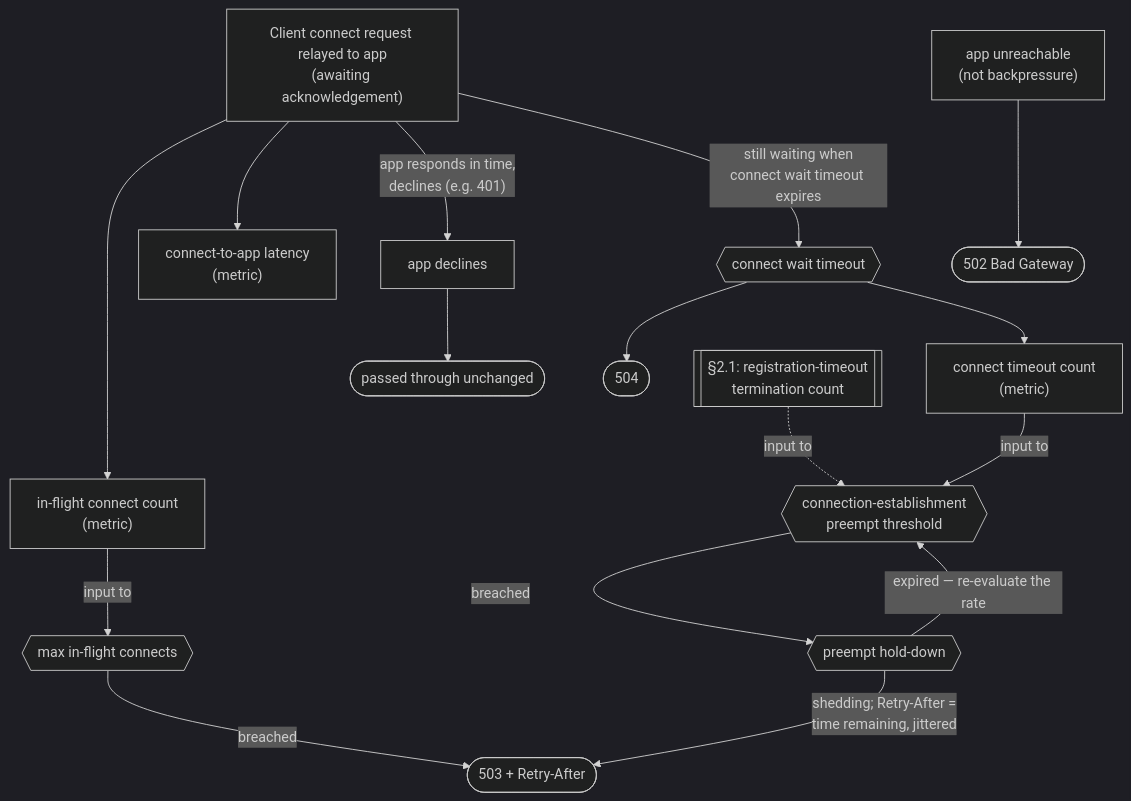
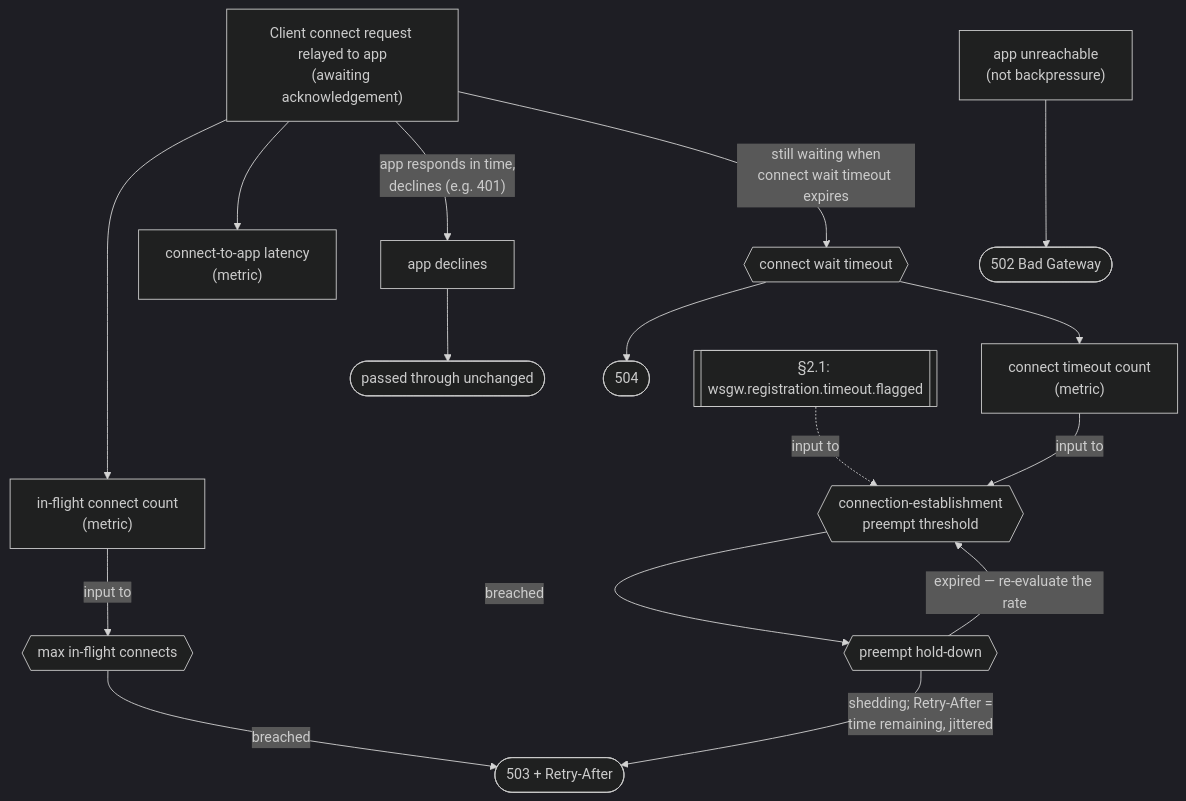
The second of 3 diagrams in docs/backpressure.md (pdkovacs/wsgw-jakarta), drawn with Mermaid (dark theme) before and after one commit. The commit also changed other lines of this file and 3 other files, not shown here.

Commit message:
Implement "registration-timeout termination" / no relay over abandoned session

````diff
--- a/docs/backpressure.md
+++ b/docs/backpressure.md
@@ -247,22 +264,22 @@
 ```mermaid
 flowchart TD
     C0["Client connect request relayed to app\n(awaiting acknowledgement)"]
     C0 --> MetricInFlight["in-flight connect count\n(metric)"]
     C0 --> MetricLatency["connect-to-app latency\n(metric)"]
     C0 -->|"app responds in time,\ndeclines (e.g. 401)"| AppDeclined["app declines"]
     AppDeclined --> SigPass(["passed through unchanged"])
     C0 -->|"still waiting when\nconnect wait timeout expires"| KnobTimeout{{"connect wait timeout"}}
     KnobTimeout --> Sig504(["504"])
     KnobTimeout --> MetricTimeoutCount["connect timeout count\n(metric)"]
 
     MetricInFlight -->|"input to"| KnobMaxInFlight{{"max in-flight connects"}}
     KnobMaxInFlight -->|"breached"| Sig503(["503 + Retry-After"])
 
     MetricTimeoutCount -->|"input to"| KnobPreempt{{"connection-establishment\npreempt threshold"}}
-    ExtTerm[["§2.1: registration-timeout\ntermination count"]] -.->|"input to"| KnobPreempt
+    ExtTerm[["§2.1: wsgw.registration.timeout.flagged"]] -.->|"input to"| KnobPreempt
     KnobPreempt -->|"breached"| KnobHoldDown{{"preempt hold-down"}}
     KnobHoldDown -->|"shedding; Retry-After =\ntime remaining, jittered"| Sig503
     KnobHoldDown -->|"expired — re-evaluate the rate"| KnobPreempt
 
     AppUnreachable["app unreachable\n(not backpressure)"] --> Sig502(["502 Bad Gateway"])
 ```
````
